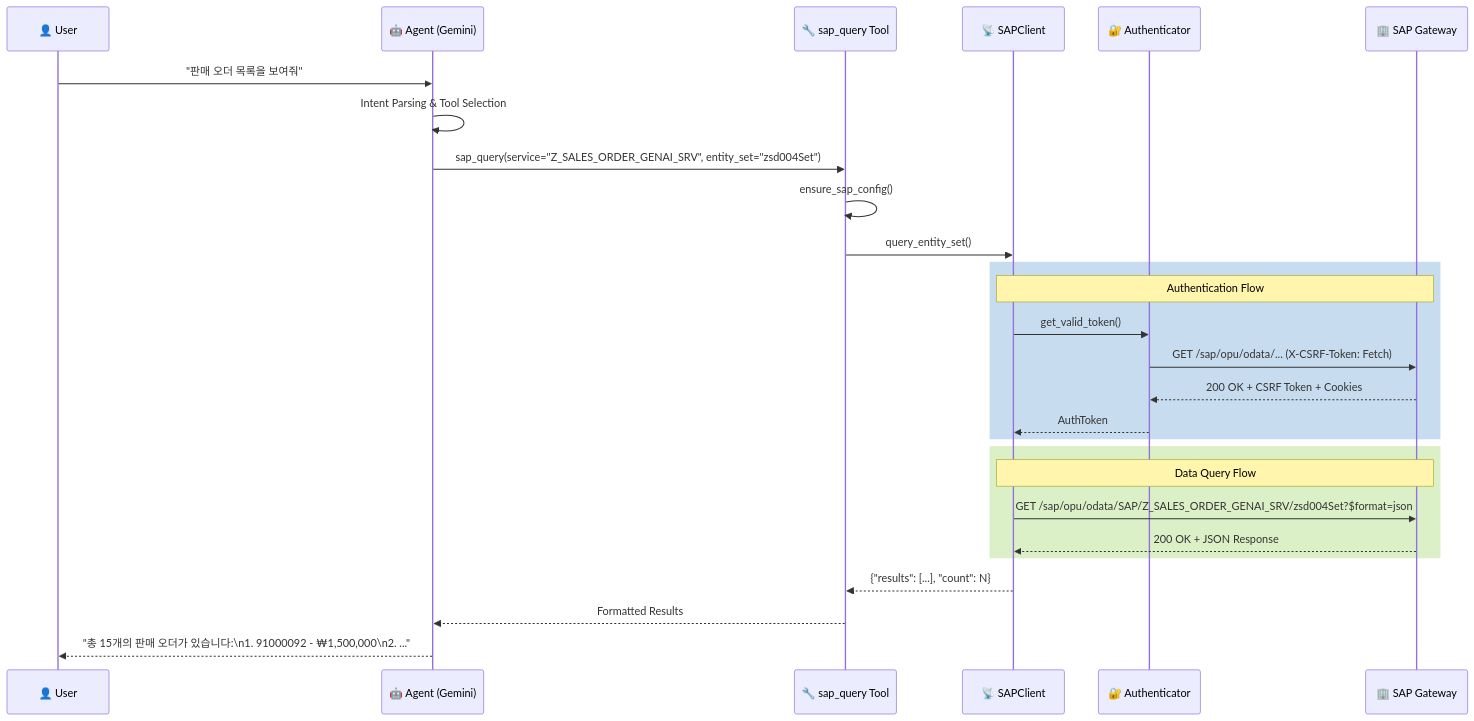
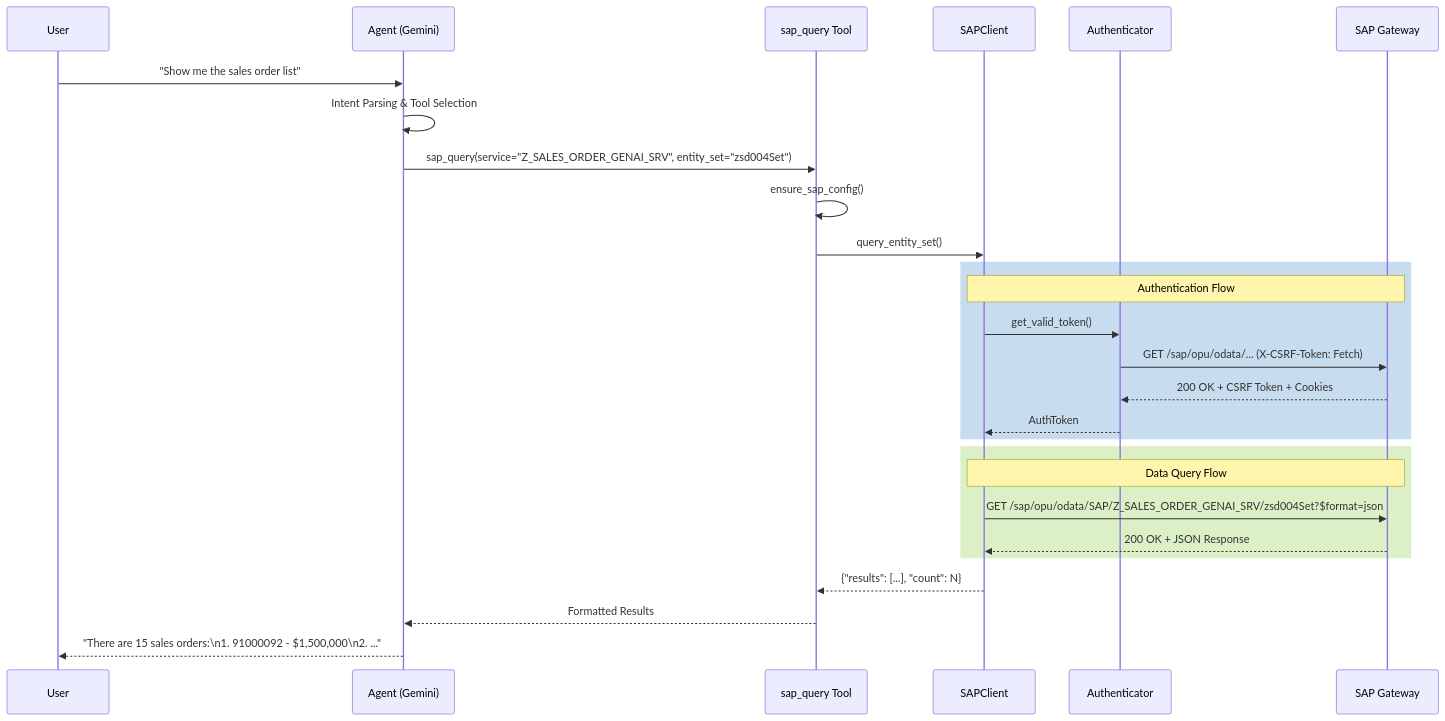
Before and after one commit to midasol/sap-adk-agent: the seventh of 9 diagrams in README.md, drawn with Mermaid. The commit also changed other lines of this file and 5 other files, not shown here.

````diff
--- a/README.md
+++ b/README.md
@@ -385,33 +385,33 @@
 ```mermaid
 sequenceDiagram
-    participant U as 👤 User
-    participant A as 🤖 Agent (Gemini)
-    participant T as 🔧 sap_query Tool
-    participant C as 📡 SAPClient
-    participant Auth as 🔐 Authenticator
-    participant SAP as 🏢 SAP Gateway
+    participant U as User
+    participant A as Agent (Gemini)
+    participant T as sap_query Tool
+    participant C as SAPClient
+    participant Auth as Authenticator
+    participant SAP as SAP Gateway
 
-    U->>A: "판매 오더 목록을 보여줘"
+    U->>A: "Show me the sales order list"
     A->>A: Intent Parsing & Tool Selection
     A->>T: sap_query(service="Z_SALES_ORDER_GENAI_SRV", entity_set="zsd004Set")
     T->>T: ensure_sap_config()
     T->>C: query_entity_set()
 
     rect rgb(200, 220, 240)
         Note over C,SAP: Authentication Flow
         C->>Auth: get_valid_token()
         Auth->>SAP: GET /sap/opu/odata/... (X-CSRF-Token: Fetch)
         SAP-->>Auth: 200 OK + CSRF Token + Cookies
         Auth-->>C: AuthToken
     end
 
     rect rgb(220, 240, 200)
         Note over C,SAP: Data Query Flow
         C->>SAP: GET /sap/opu/odata/SAP/Z_SALES_ORDER_GENAI_SRV/zsd004Set?$format=json
         SAP-->>C: 200 OK + JSON Response
     end
 
     C-->>T: {"results": [...], "count": N}
     T-->>A: Formatted Results
-    A-->>U: "총 15개의 판매 오더가 있습니다:\n1. 91000092 - ₩1,500,000\n2. ..."
+    A-->>U: "There are 15 sales orders:\n1. 91000092 - $1,500,000\n2. ..."
 ```
````
